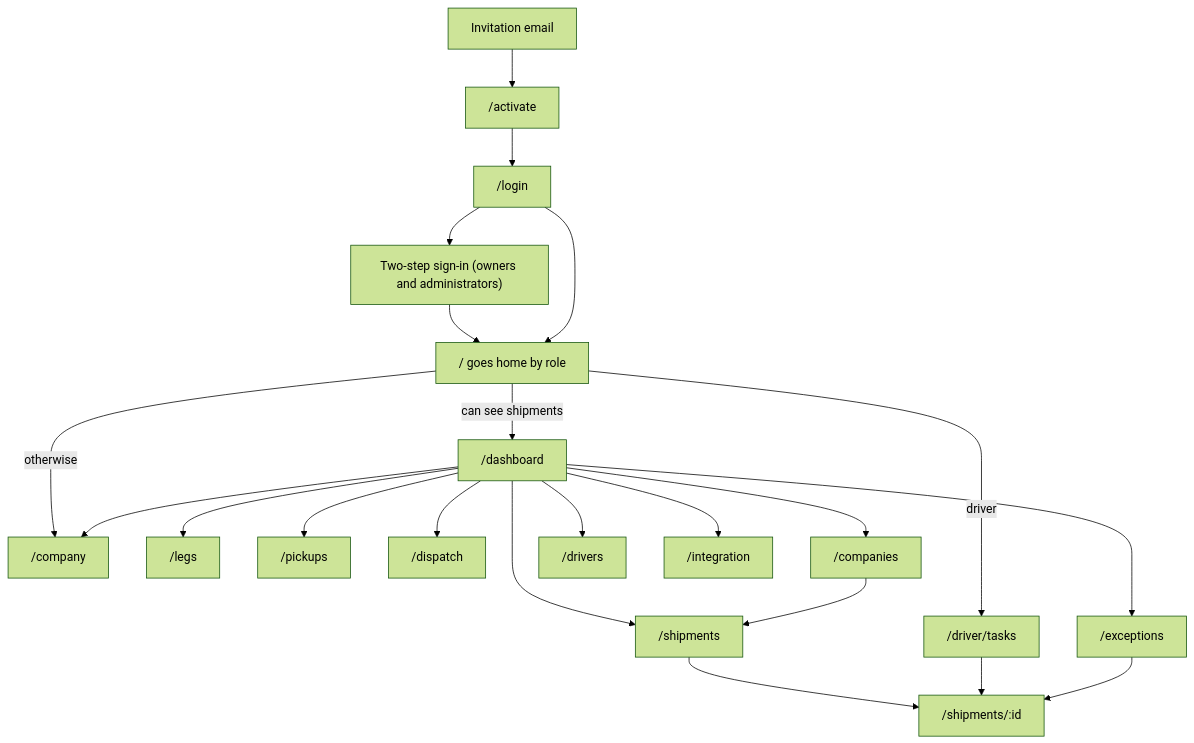
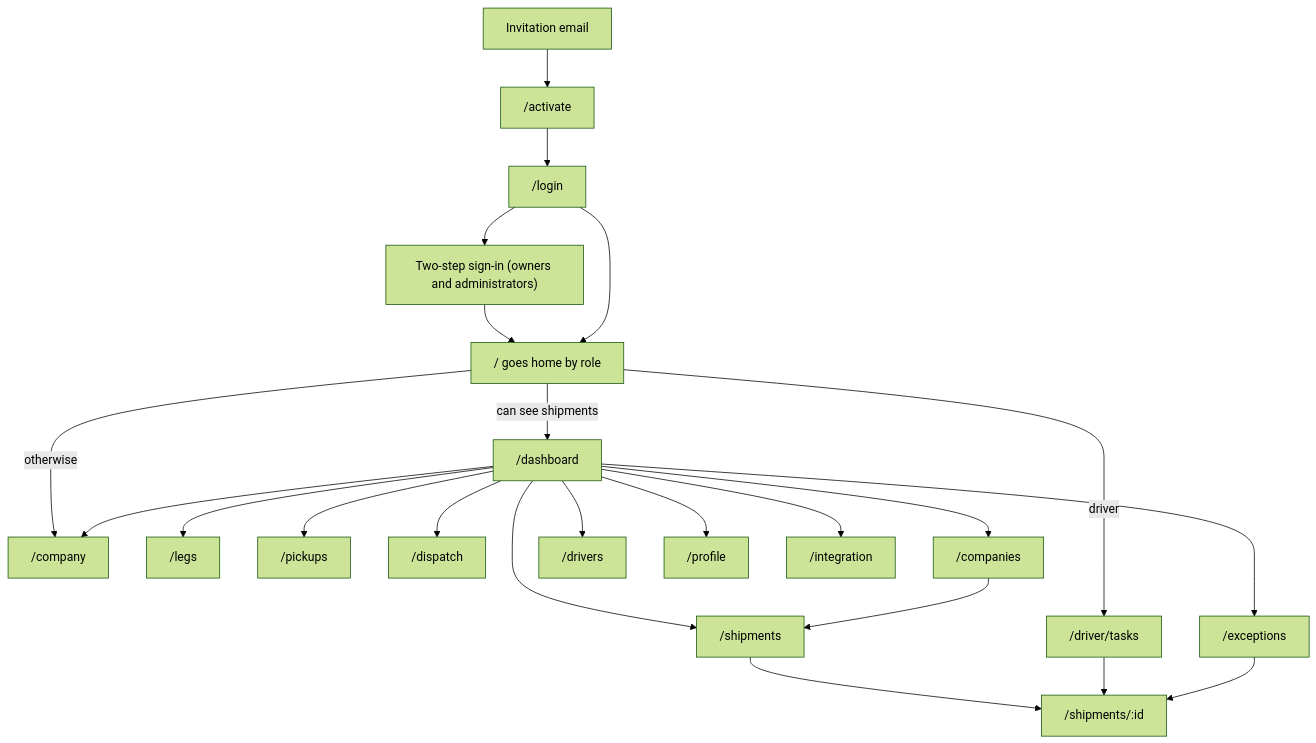
Before and after one commit to UBoss-AI/UBoss-Sourcing: the fourth of 14 diagrams in docs/UI-SCREENS.md, drawn with Mermaid (forest theme). The commit also changed other lines of this file and 236 other files, not shown here.

````diff
--- a/docs/UI-SCREENS.md
+++ b/docs/UI-SCREENS.md
@@ -435,20 +437,21 @@
 ```mermaid
 flowchart TD
   Invite["Invitation email"] --> Activate["/activate"] --> Login["/login"]
   Login --> Mfa["Two-step sign-in (owners and administrators)"]
   Mfa --> Home["/ goes home by role"]
   Login --> Home
   Home -->|"can see shipments"| Dash["/dashboard"]
   Home -->|"driver"| Tasks["/driver/tasks"]
   Home -->|"otherwise"| Company["/company"]
   Dash --> Shipments["/shipments"] --> Shipment["/shipments/:id"]
   Tasks --> Shipment
   Dash --> Legs["/legs"]
   Dash --> Pickups["/pickups"]
   Dash --> Dispatch["/dispatch"]
   Dash --> Exceptions["/exceptions"] --> Shipment
   Dash --> Companies["/companies"] --> Shipments
   Dash --> Drivers["/drivers"]
   Dash --> Company
+  Dash --> Profile["/profile"]
   Dash --> Integration["/integration"]
 ```
````
